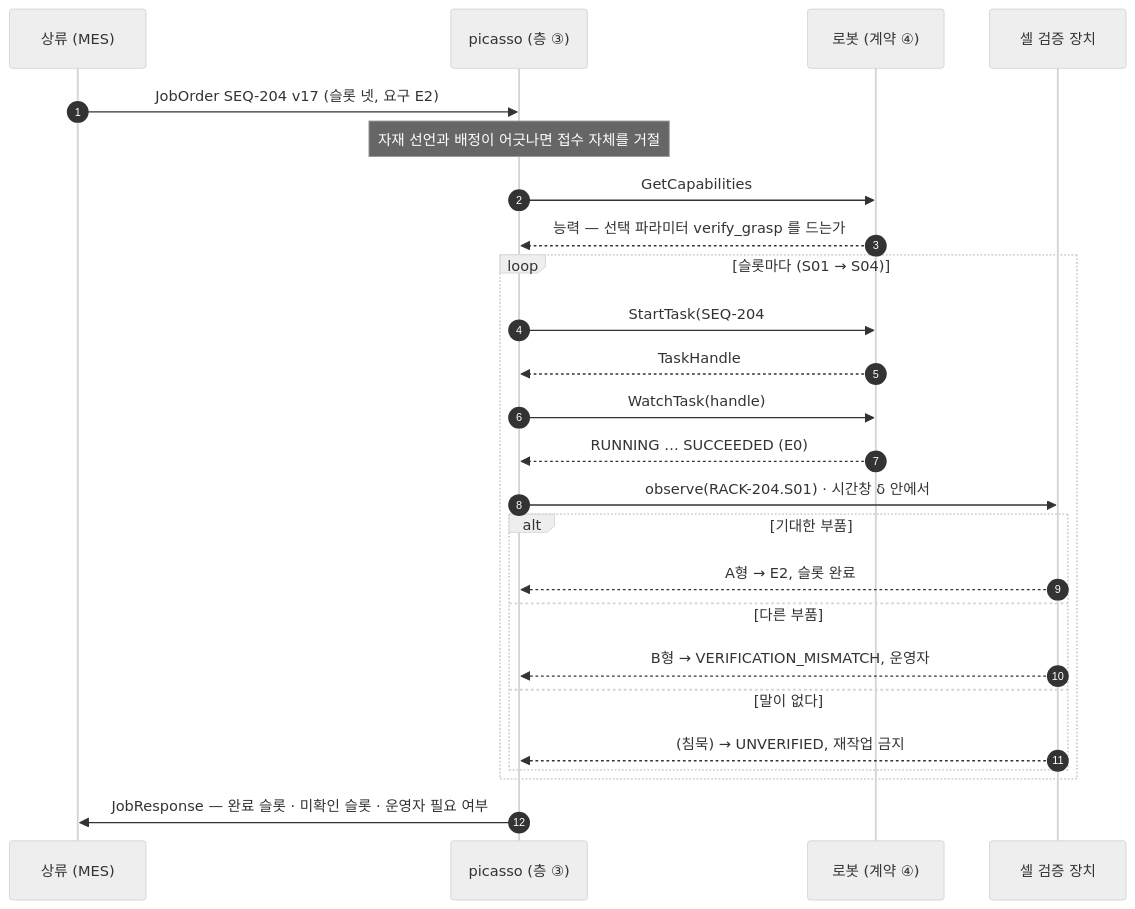
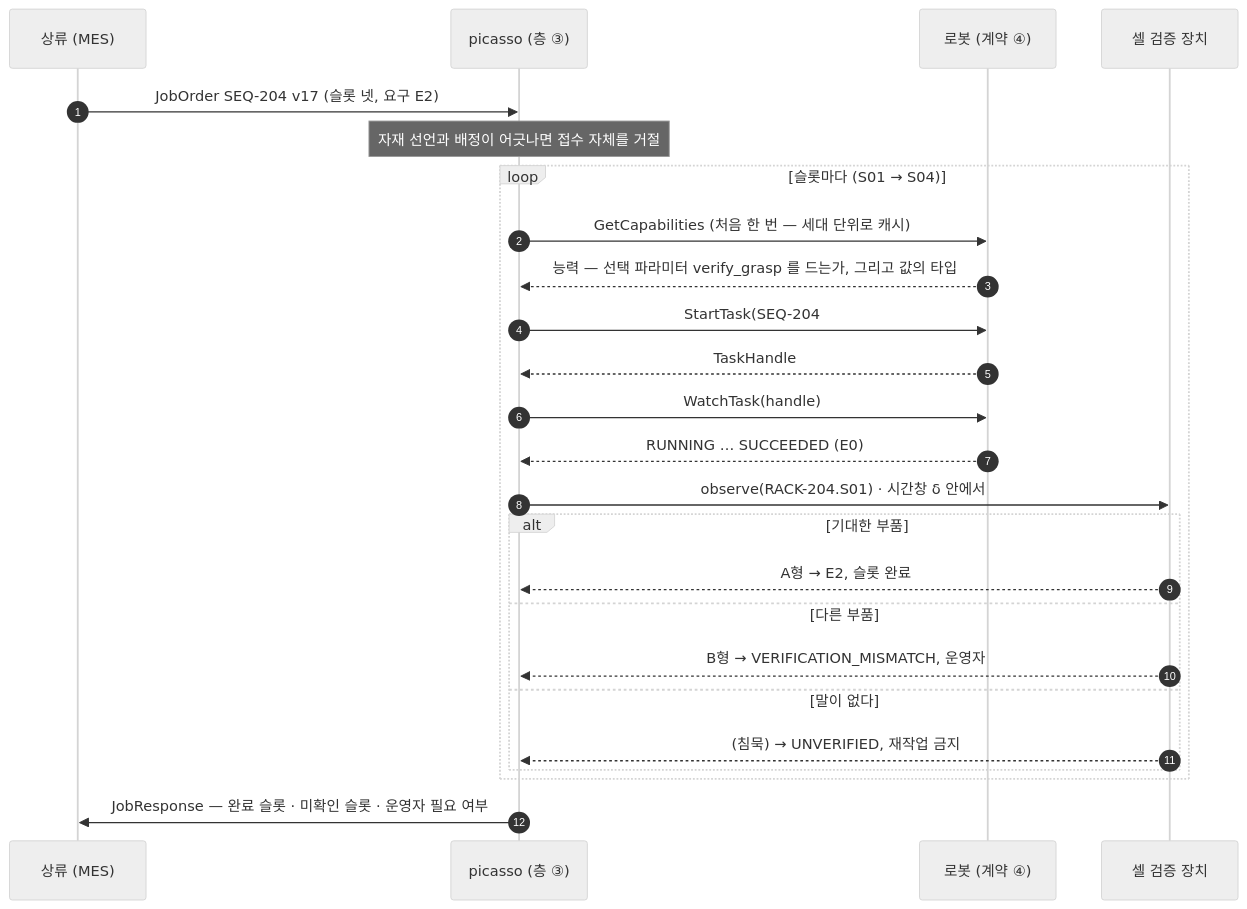
The second of 4 diagrams in docs/scenarios.md (LivingLikeKrillin/picasso), drawn with Mermaid (neutral theme) before and after one commit. The commit also changed other lines of this file and 2 other files, not shown here.

````diff
--- a/docs/scenarios.md
+++ b/docs/scenarios.md
@@ -172,28 +175,28 @@
 ```mermaid
 sequenceDiagram
     autonumber
     participant MES as 상류 (MES)
     participant MW as picasso (층 ③)
     participant RB as 로봇 (계약 ④)
     participant CELL as 셀 검증 장치
 
     MES->>MW: JobOrder SEQ-204 v17 (슬롯 넷, 요구 E2)
     Note over MW: 자재 선언과 배정이 어긋나면 접수 자체를 거절
-    MW->>RB: GetCapabilities
-    RB-->>MW: 능력 — 선택 파라미터 verify_grasp 를 드는가
     loop 슬롯마다 (S01 → S04)
+        MW->>RB: GetCapabilities (처음 한 번 — 세대 단위로 캐시)
+        RB-->>MW: 능력 — 선택 파라미터 verify_grasp 를 드는가, 그리고 값의 타입
         MW->>RB: StartTask(SEQ-204#S01, rev=17, pick_place, object_id·destination[·verify_grasp])
         RB-->>MW: TaskHandle
         MW->>RB: WatchTask(handle)
         RB-->>MW: RUNNING … SUCCEEDED  (E0)
         MW->>CELL: observe(RACK-204.S01) · 시간창 δ 안에서
         alt 기대한 부품
             CELL-->>MW: A형 → E2, 슬롯 완료
         else 다른 부품
             CELL-->>MW: B형 → VERIFICATION_MISMATCH, 운영자
         else 말이 없다
             CELL-->>MW: (침묵) → UNVERIFIED, 재작업 금지
         end
     end
     MW->>MES: JobResponse — 완료 슬롯 · 미확인 슬롯 · 운영자 필요 여부
 ```
````
